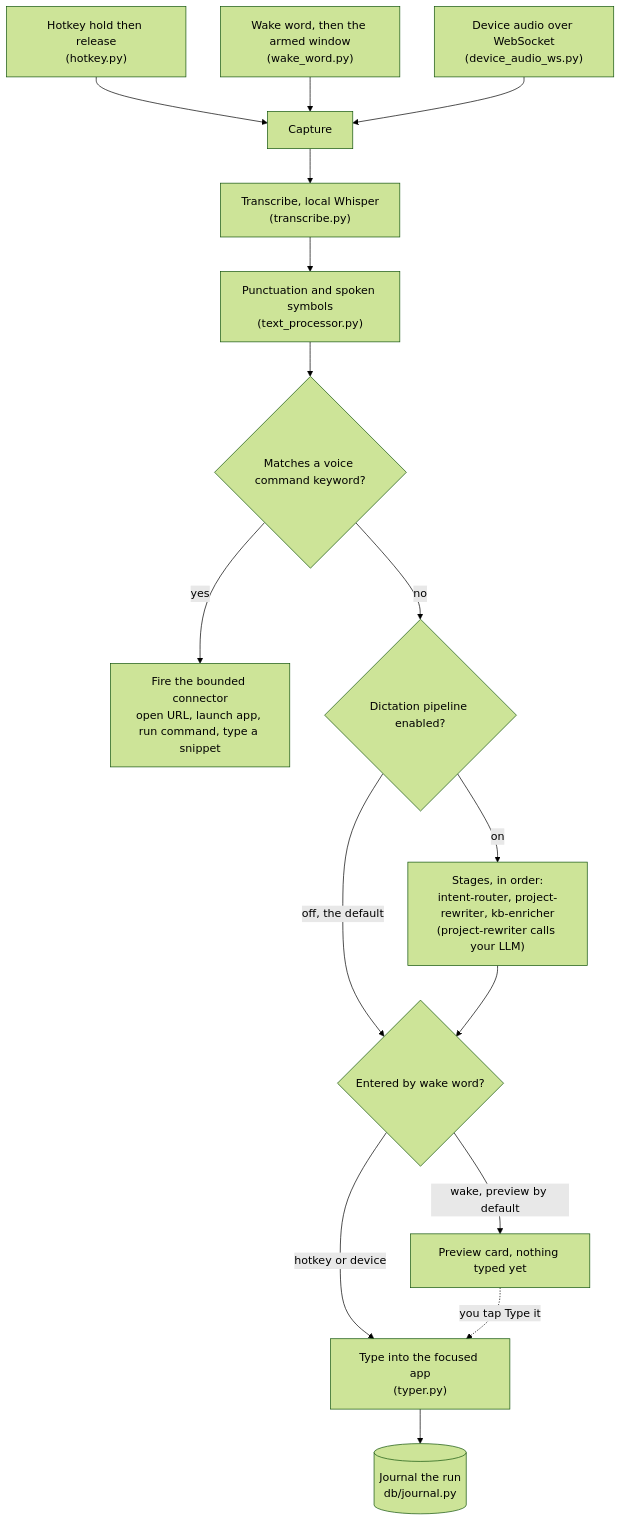
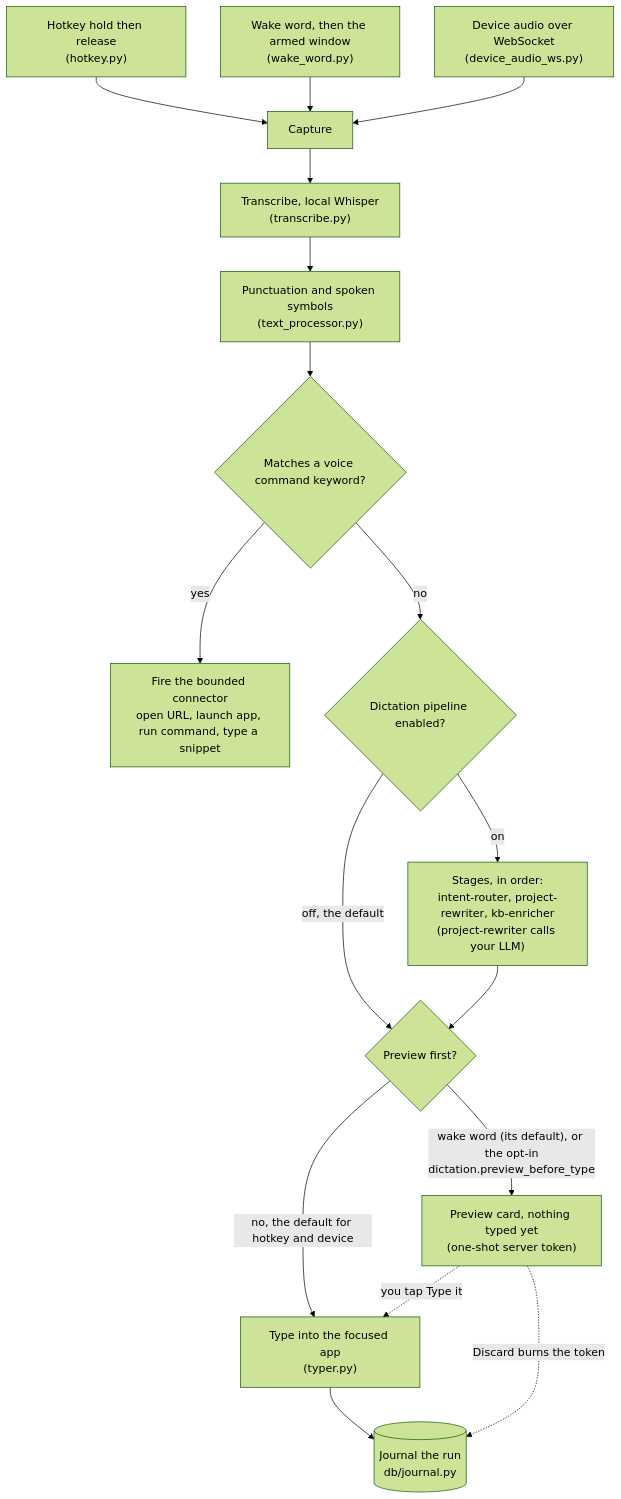
Before and after one commit to karolswdev/HoldSpeak: the second of 7 diagrams in docs/ARCHITECTURE.md, drawn with Mermaid (forest theme). The commit also changed other lines of this file and 3 other files, not shown here.

First line of the commit message:
Phase 76 (HS-76-03): ARCHITECTURE catches up to 72–75 — done

````diff
--- a/docs/ARCHITECTURE.md
+++ b/docs/ARCHITECTURE.md
@@ -107,18 +116,19 @@
 ```mermaid
 flowchart TD
   HK["Hotkey hold then release<br/>(hotkey.py)"] --> CAP
   WW["Wake word, then the armed window<br/>(wake_word.py)"] --> CAP
   DEV["Device audio over WebSocket<br/>(device_audio_ws.py)"] --> CAP
   CAP["Capture"] --> TR["Transcribe, local Whisper<br/>(transcribe.py)"]
   TR --> PUNC["Punctuation and spoken symbols<br/>(text_processor.py)"]
   PUNC --> VC{"Matches a voice command keyword?"}
   VC -- yes --> FIRE["Fire the bounded connector<br/>open URL, launch app, run command, type a snippet"]
   VC -- no --> PIPE{"Dictation pipeline enabled?"}
   PIPE -- "off, the default" --> FORK
   PIPE -- "on" --> STAGES["Stages, in order:<br/>intent-router, project-rewriter, kb-enricher<br/>(project-rewriter calls your LLM)"]
-  STAGES --> FORK{"Entered by wake word?"}
-  FORK -- "hotkey or device" --> TYPE["Type into the focused app<br/>(typer.py)"]
-  FORK -- "wake, preview by default" --> PREVIEW["Preview card, nothing typed yet"]
+  STAGES --> FORK{"Preview first?"}
+  FORK -- "no, the default for hotkey and device" --> TYPE["Type into the focused app<br/>(typer.py)"]
+  FORK -- "wake word (its default), or the opt-in<br/>dictation.preview_before_type" --> PREVIEW["Preview card, nothing typed yet<br/>(one-shot server token)"]
   PREVIEW -. "you tap Type it" .-> TYPE
+  PREVIEW -. "Discard burns the token" .-> J
   TYPE --> J[("Journal the run<br/>db/journal.py")]
 ```
````
